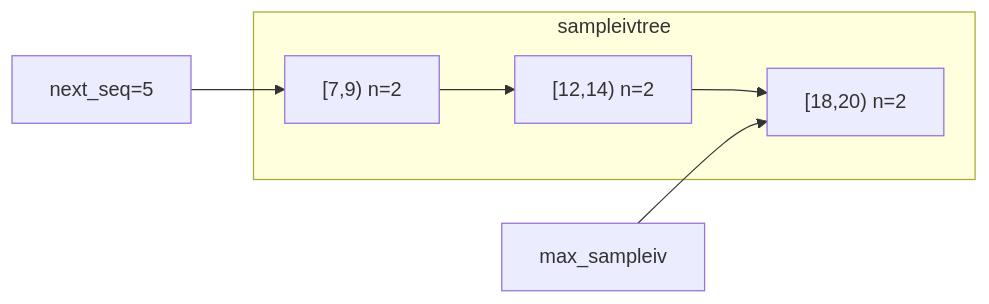
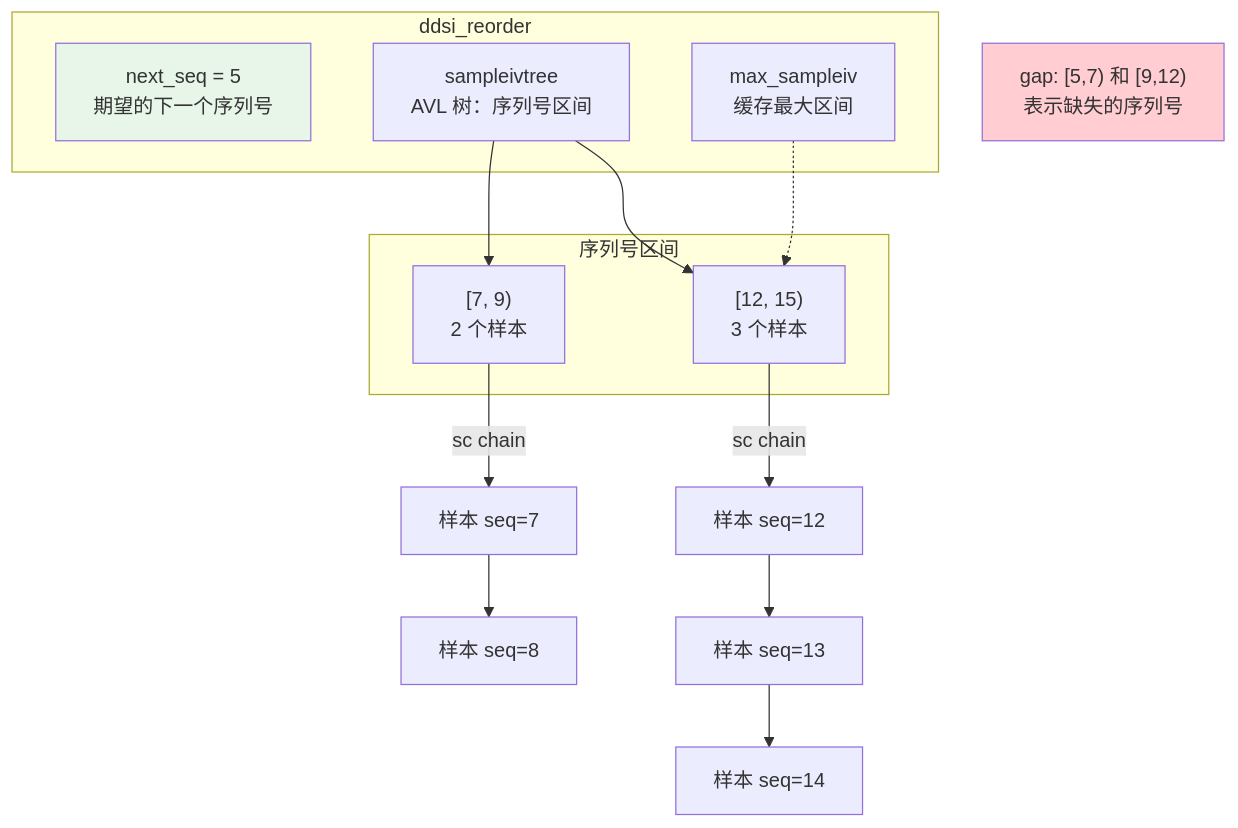
The second of 3 diagrams in study/rbuf-memory-model/04-reorder.md (Learner-Geek-Perfectionist/Cyclone-DDS-Study), drawn with Mermaid before and after one commit. The commit also changed other lines of this file and 1514 other files, not shown here.

````diff
--- a/study/rbuf-memory-model/04-reorder.md
+++ b/study/rbuf-memory-model/04-reorder.md
@@ -128,13 +70,29 @@
 ```mermaid
-graph LR
-  subgraph sampleivtree
-    A["[7,9) n=2"]
-    B["[12,14) n=2"]
-    C["[18,20) n=2"]
-  end
-  NS["next_seq=5"]
-  NS --> A
-  A --> B
-  B --> C
-  MAX["max_sampleiv"] --> C
+graph TD
+    subgraph "ddsi_reorder"
+        NS["next_seq = 5<br/>期望的下一个序列号"]
+        ST["sampleivtree<br/>AVL 树：序列号区间"]
+        MS["max_sampleiv<br/>缓存最大区间"]
+    end
+
+    subgraph "序列号区间"
+        IV1["[7, 9)<br/>2 个样本"]
+        IV2["[12, 15)<br/>3 个样本"]
+    end
+
+    ST --> IV1
+    ST --> IV2
+    MS -.-> IV2
+
+    IV1 -->|"sc chain"| S7["样本 seq=7"]
+    S7 --> S8["样本 seq=8"]
+
+    IV2 -->|"sc chain"| S12["样本 seq=12"]
+    S12 --> S13["样本 seq=13"]
+    S13 --> S14["样本 seq=14"]
+
+    Note1["gap: [5,7) 和 [9,12)<br/>表示缺失的序列号"]
+
+    style NS fill:#e8f5e9
+    style Note1 fill:#ffcdd2
 ```
````
